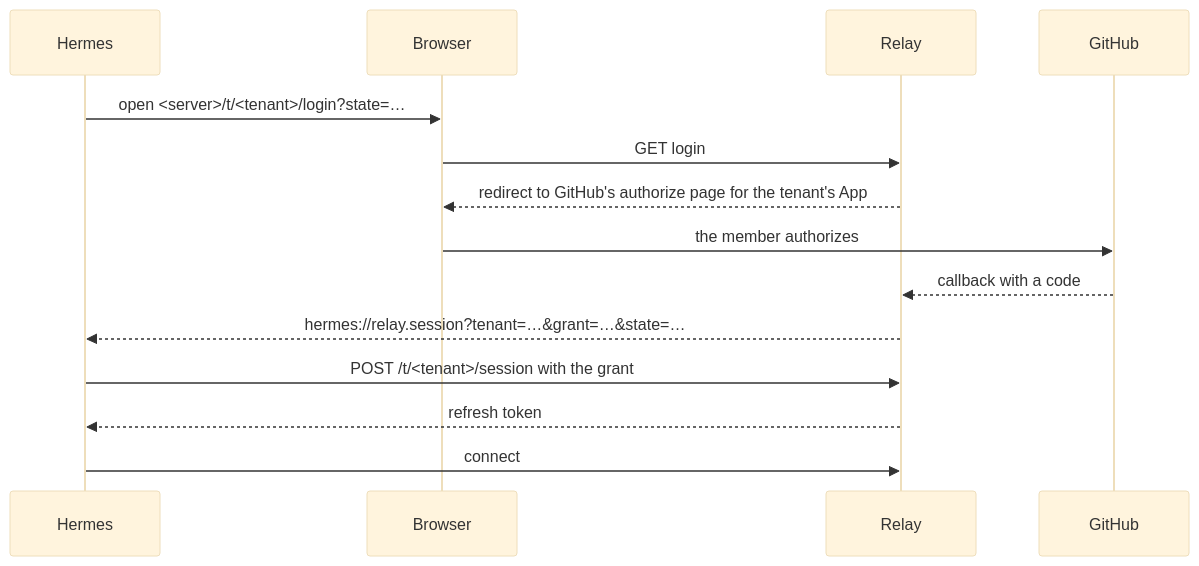
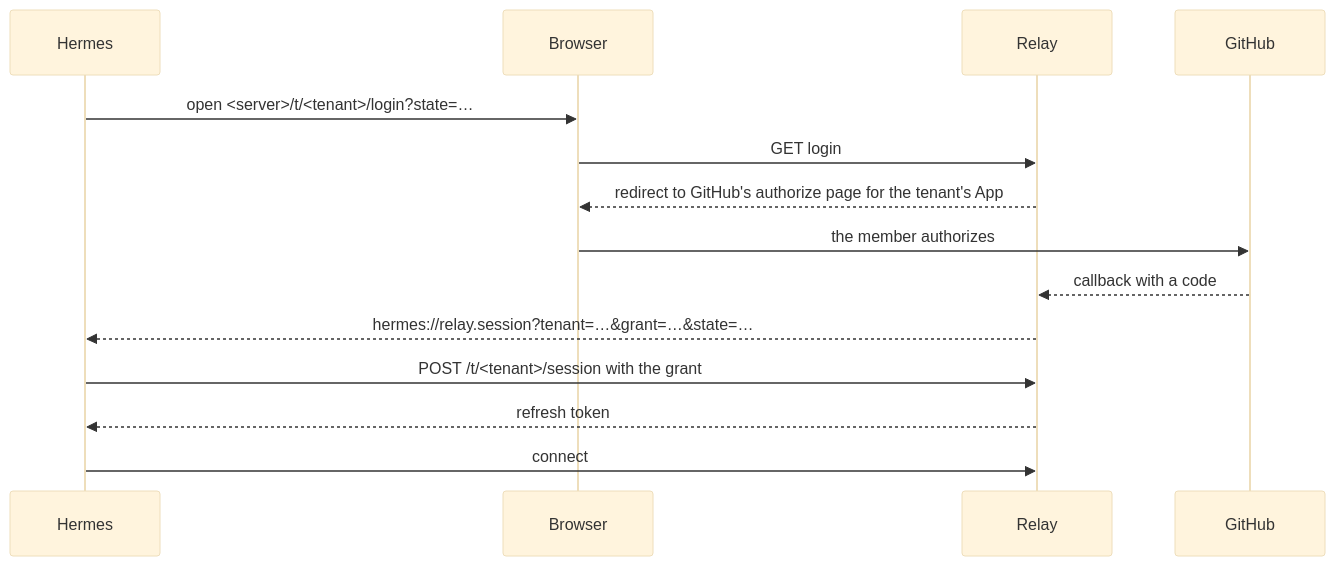
One commit to bojanrajkovic/hermes changed the third of 6 diagrams in plans/relay-client.md. Above: the diagram before and after it, drawn with Mermaid (base theme). The commit also changed other lines of this file and 4 other files, not shown here.

````diff
--- a/plans/relay-client.md
+++ b/plans/relay-client.md
@@ -129,16 +130,16 @@
 ```mermaid
 sequenceDiagram
     participant H as Hermes
     participant B as Browser
     participant R as Relay
     participant G as GitHub
-    H->>B: open <server>/t/<tenant>/login?state=…
+    H->>B: open #lt;server#gt;/t/#lt;tenant#gt;/login?state=…
     B->>R: GET login
     R-->>B: redirect to GitHub's authorize page for the tenant's App
     B->>G: the member authorizes
     G-->>R: callback with a code
     R-->>H: hermes://relay.session?tenant=…&grant=…&state=…
-    H->>R: POST /t/<tenant>/session with the grant
+    H->>R: POST /t/#lt;tenant#gt;/session with the grant
     R-->>H: refresh token
     H->>R: connect
 ```
````
